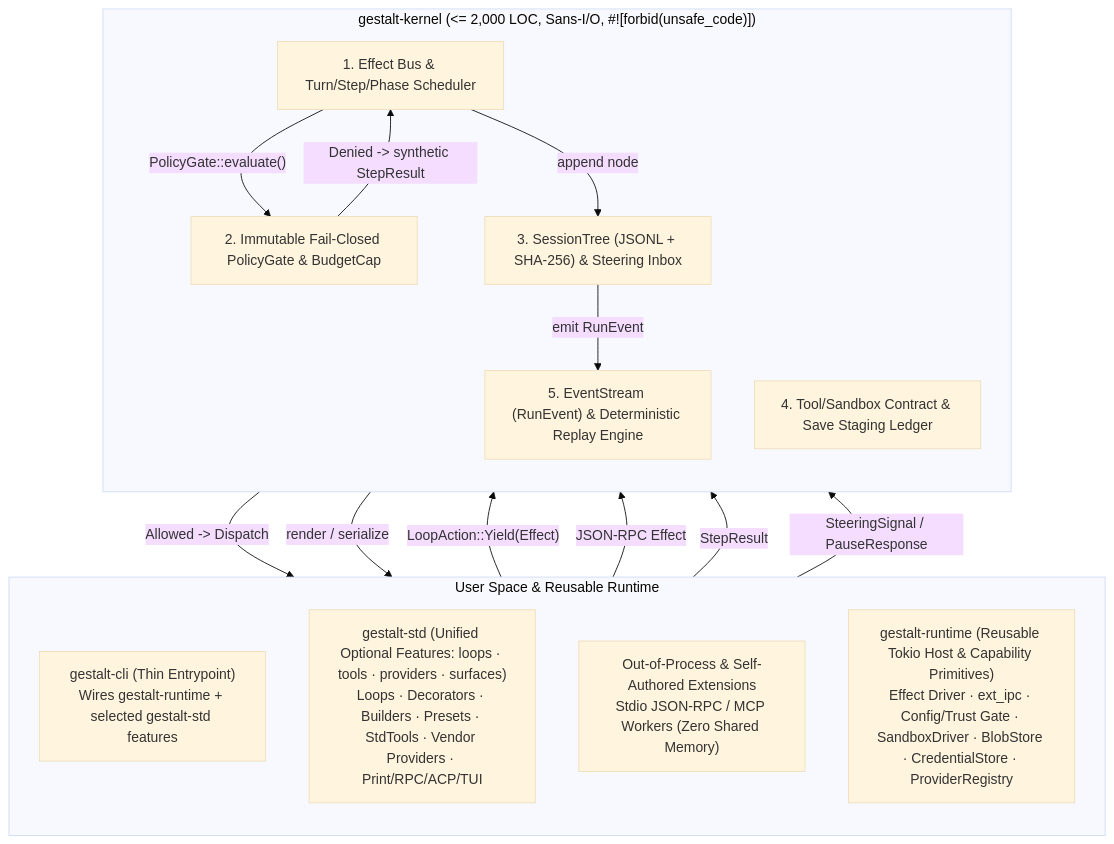
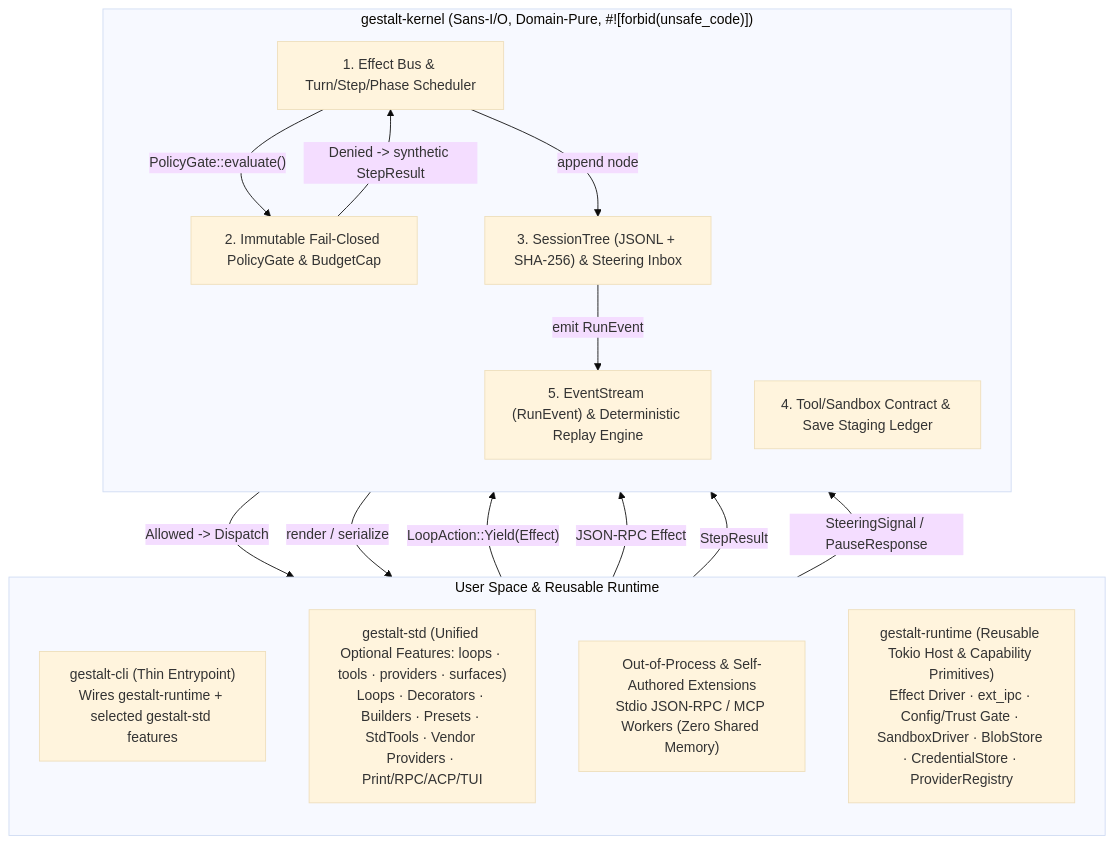
The diagram in docs/PRD.md (woshi517/gestalt-harness), drawn with Mermaid (base theme) before and after one commit. The commit also changed other lines of this file and 3 other files, not shown here.

First line of the commit message:
docs: remove kernel LOC budget and align architecture contracts

````diff
--- a/docs/PRD.md
+++ b/docs/PRD.md
@@ -176,30 +176,30 @@
 ```mermaid
 flowchart TB
     subgraph Outer["User Space & Reusable Runtime"]
         direction TB
         CLI["gestalt-cli (Thin Entrypoint)<br/>Wires gestalt-runtime + selected gestalt-std features"]
         STD["gestalt-std (Unified Optional Features: loops · tools · providers · surfaces)<br/>Loops · Decorators · Builders · Presets · StdTools · Vendor Providers · Print/RPC/ACP/TUI"]
         EXT["Out-of-Process & Self-Authored Extensions<br/>Stdio JSON-RPC / MCP Workers (Zero Shared Memory)"]
         RT["gestalt-runtime (Reusable Tokio Host & Capability Primitives)<br/>Effect Driver · ext_ipc · Config/Trust Gate · SandboxDriver · BlobStore · CredentialStore · ProviderRegistry"]
     end
 
-    subgraph Kernel["gestalt-kernel (<= 2,000 LOC, Sans-I/O, #![forbid(unsafe_code)])"]
+    subgraph Kernel["gestalt-kernel (Sans-I/O, Domain-Pure, #![forbid(unsafe_code)])"]
         direction TB
         Sched["1. Effect Bus & Turn/Step/Phase Scheduler"]
         Gate["2. Immutable Fail-Closed PolicyGate & BudgetCap"]
         Tree["3. SessionTree (JSONL + SHA-256) & Steering Inbox"]
         Boundary["4. Tool/Sandbox Contract & Save Staging Ledger"]
         Stream["5. EventStream (RunEvent) & Deterministic Replay Engine"]
     end
 
     STD -->|"LoopAction::Yield(Effect)"| Sched
     EXT -->|"JSON-RPC Effect"| Sched
     Sched -->|"PolicyGate::evaluate()"| Gate
     Gate -->|"Denied -> synthetic StepResult"| Sched
     Gate -->|"Allowed -> Dispatch"| RT
     RT -->|"StepResult"| Sched
     Sched -->|"append node"| Tree
     Tree -->|"emit RunEvent"| Stream
     Stream -->|"render / serialize"| STD
     STD -->|"SteeringSignal / PauseResponse"| Tree
 ```
````
